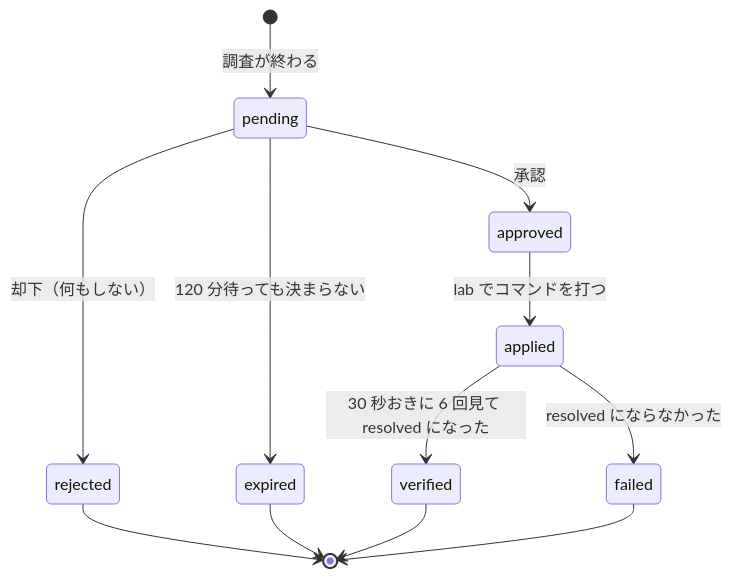
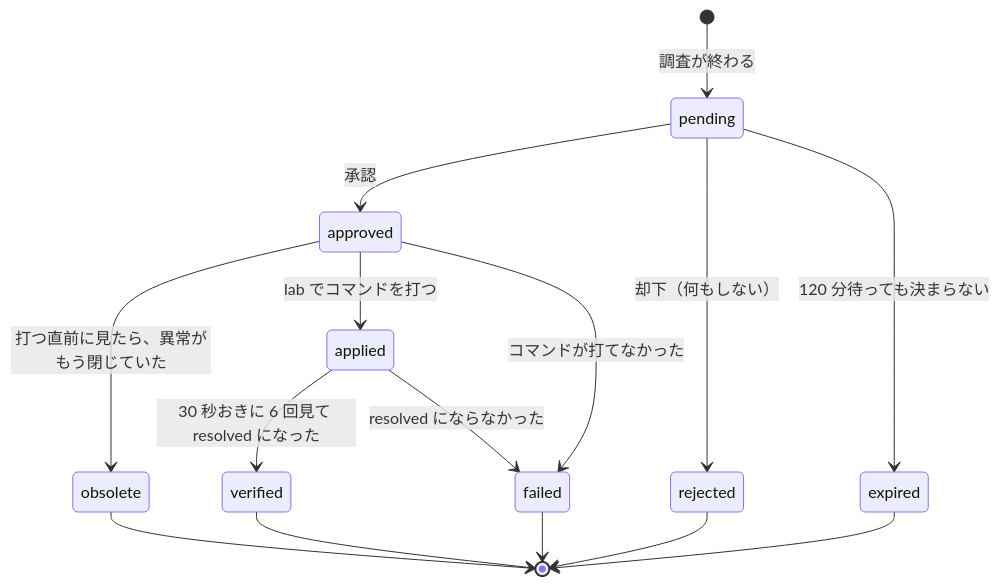
Before and after one commit to eddie-eights/cf-netops-sandbox: the second of 2 diagrams in docs/workflow.md, drawn with Mermaid. The commit also changed other lines of this file and 25 other files, not shown here.

````diff
--- a/docs/workflow.md
+++ b/docs/workflow.md
@@ -26,14 +28,17 @@
 ```mermaid
 stateDiagram-v2
   [*] --> pending: 調査が終わる
   pending --> approved: 承認
   pending --> rejected: 却下（何もしない）
   pending --> expired: 120 分待っても決まらない
+  approved --> obsolete: 打つ直前に見たら、異常がもう閉じていた
   approved --> applied: lab でコマンドを打つ
+  approved --> failed: コマンドが打てなかった
   applied --> verified: 30 秒おきに 6 回見て resolved になった
   applied --> failed: resolved にならなかった
   rejected --> [*]
   expired --> [*]
+  obsolete --> [*]
   verified --> [*]
   failed --> [*]
 ```
````
